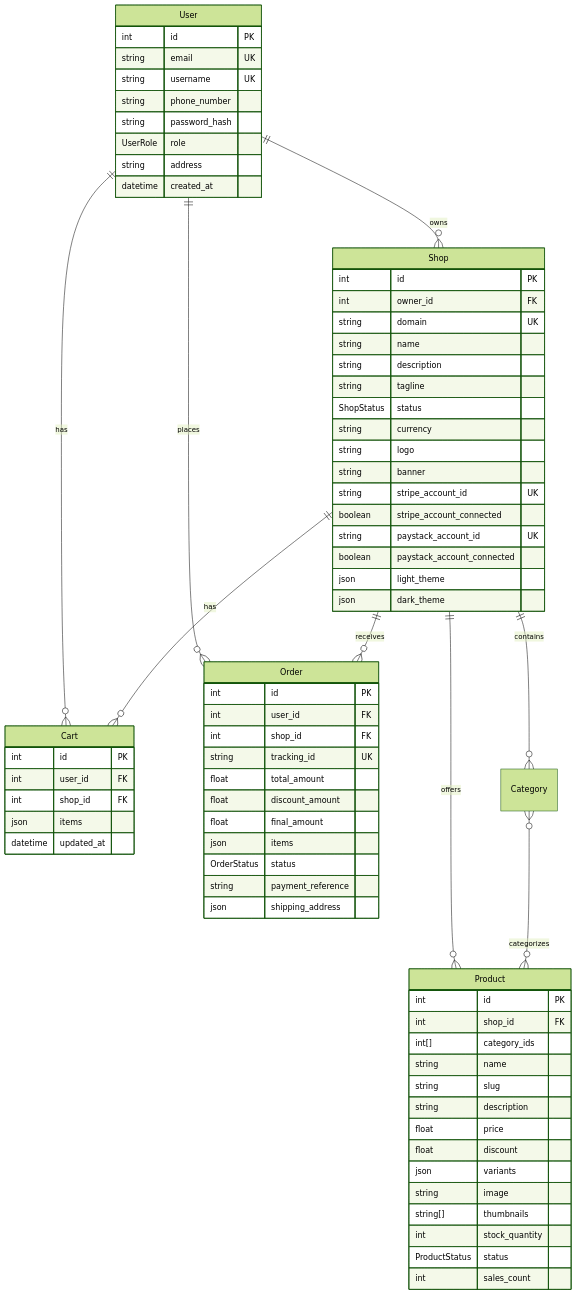
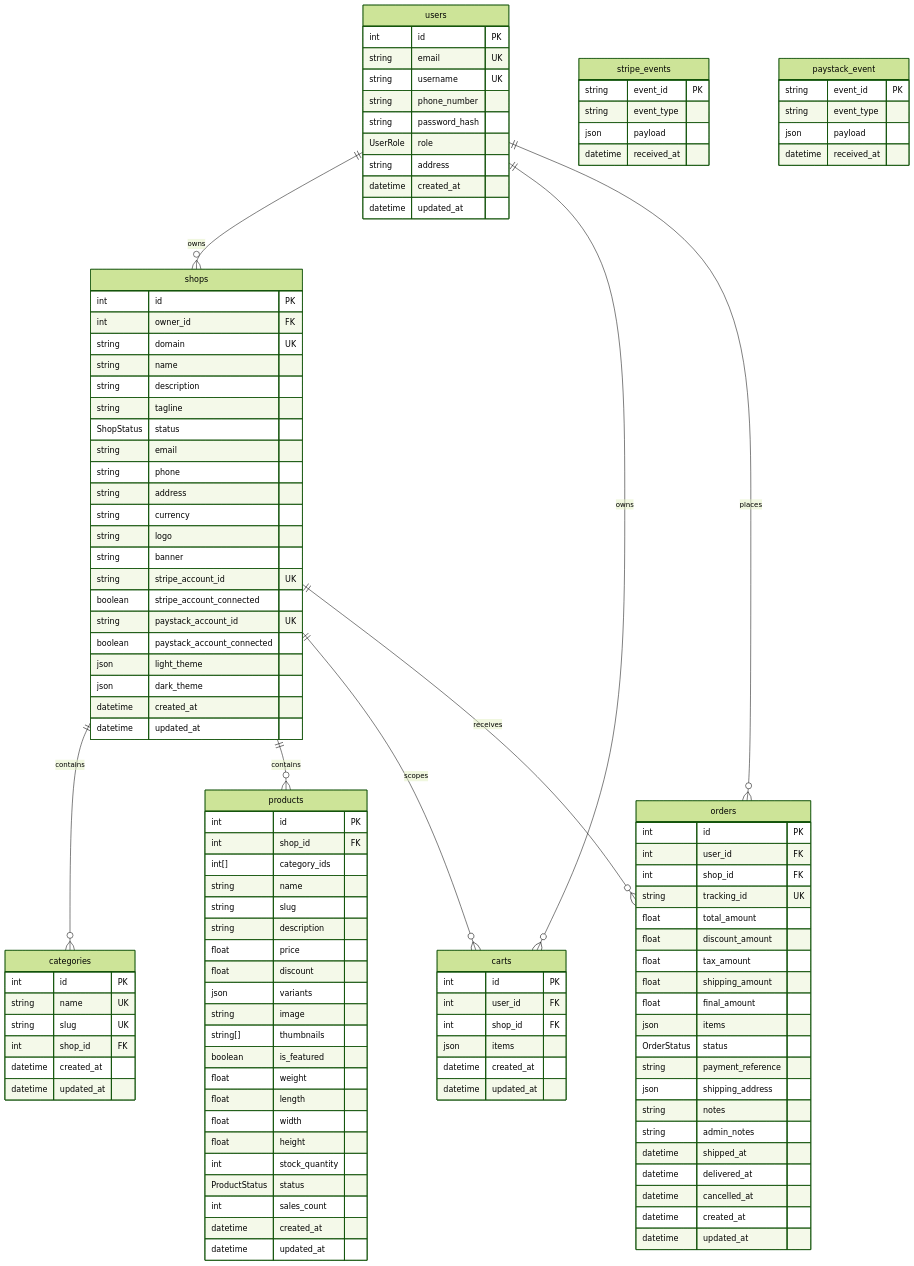
The second of 2 diagrams in README.md (Fortunejite/ShopSphere), drawn with Mermaid (forest theme) before and after one commit. The commit also changed other lines of this file and 2 other files, not shown here.

````diff
--- a/README.md
+++ b/README.md
@@ -605,15 +402,14 @@
 ```mermaid
 erDiagram
-    User ||--o{ Shop : owns
-    User ||--o{ Cart : has
-    User ||--o{ Order : places
-    Shop ||--o{ Category : contains
-    Shop ||--o{ Product : offers
-    Shop ||--o{ Cart : has
-    Shop ||--o{ Order : receives
-    Category }o--o{ Product : categorizes
+    users ||--o{ shops : "owns"
+    users ||--o{ carts : "owns"
+    users ||--o{ orders : "places"
+    shops ||--o{ categories : "contains"
+    shops ||--o{ products : "contains"
+    shops ||--o{ carts : "scopes"
+    shops ||--o{ orders : "receives"
 
-    User {
+    users {
         int id PK
         string email UK
         string username UK
@@ -622,9 +418,10 @@
         UserRole role
         string address
         datetime created_at
+        datetime updated_at
     }
 
-    Shop {
+    shops {
         int id PK
         int owner_id FK
         string domain UK
@@ -632,6 +429,9 @@
         string description
         string tagline
         ShopStatus status
+        string email
+        string phone
+        string address
         string currency
         string logo
         string banner
@@ -641,9 +441,20 @@
         boolean paystack_account_connected
         json light_theme
         json dark_theme
+        datetime created_at
+        datetime updated_at
     }
 
-    Product {
+    categories {
+        int id PK
+        string name UK
+        string slug UK
+        int shop_id FK
+        datetime created_at
+        datetime updated_at
+    }
+
+    products {
         int id PK
         int shop_id FK
         int[] category_ids
@@ -655,30 +466,61 @@
         json variants
         string image
         string[] thumbnails
+        boolean is_featured
+        float weight
+        float length
+        float width
+        float height
         int stock_quantity
         ProductStatus status
         int sales_count
+        datetime created_at
+        datetime updated_at
     }
 
-    Cart {
+    carts {
         int id PK
         int user_id FK
         int shop_id FK
         json items
+        datetime created_at
         datetime updated_at
     }
 
-    Order {
+    orders {
         int id PK
         int user_id FK
         int shop_id FK
         string tracking_id UK
         float total_amount
         float discount_amount
+        float tax_amount
+        float shipping_amount
         float final_amount
         json items
         OrderStatus status
         string payment_reference
         json shipping_address
+        string notes
+        string admin_notes
+        datetime shipped_at
+        datetime delivered_at
+        datetime cancelled_at
+        datetime created_at
+        datetime updated_at
+    }
+
+    stripe_events {
+        string event_id PK
+        string event_type
+        json payload
+        datetime received_at
+    }
+
+    paystack_event {
+        string event_id PK
+        string event_type
+        json payload
+        datetime received_at
     }
 ```
````
